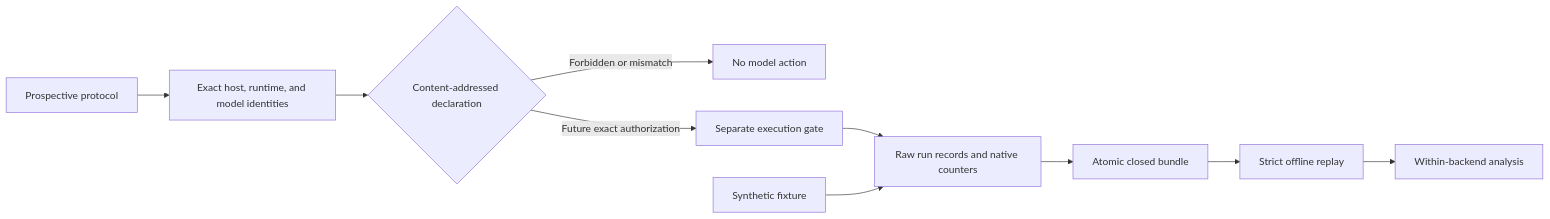
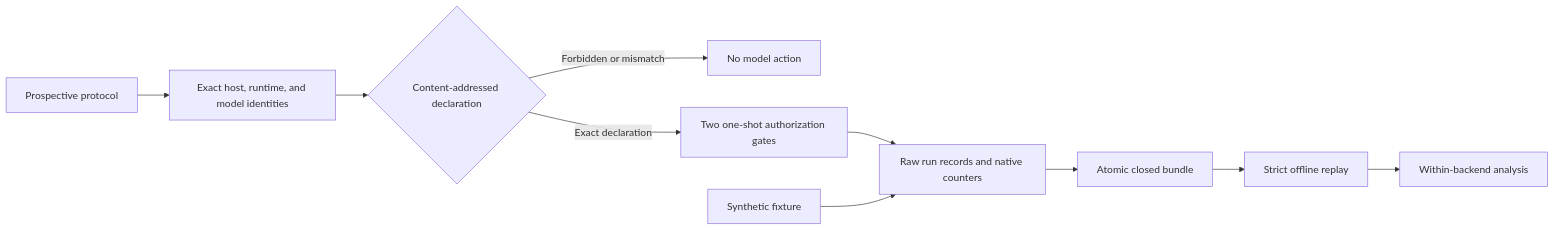
Before and after one commit to Siddhant-K-code/LocalInferenceLab: the diagram in README.md, drawn with Mermaid. The commit also changed other lines of this file and 16 other files, not shown here.

````diff
--- a/README.md
+++ b/README.md
@@ -16,12 +18,12 @@
 ```mermaid
 flowchart LR
     P[Prospective protocol] --> I[Exact host, runtime, and model identities]
     I --> A{Content-addressed declaration}
     A -->|Forbidden or mismatch| X[No model action]
-    A -->|Future exact authorization| G[Separate execution gate]
+    A -->|Exact declaration| G[Two one-shot authorization gates]
     G --> R[Raw run records and native counters]
     F[Synthetic fixture] --> R
     R --> C[Atomic closed bundle]
     C --> O[Strict offline replay]
     O --> N[Within-backend analysis]
 ```
````
